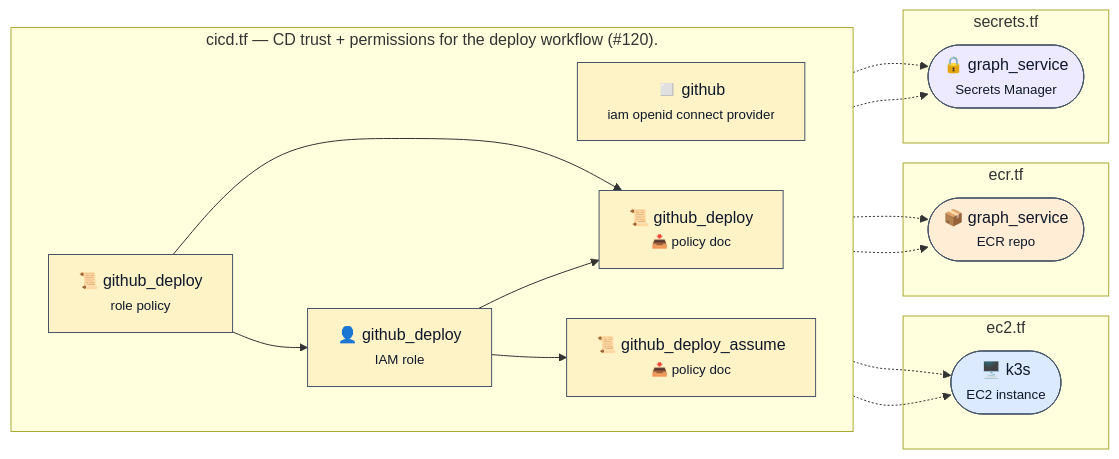
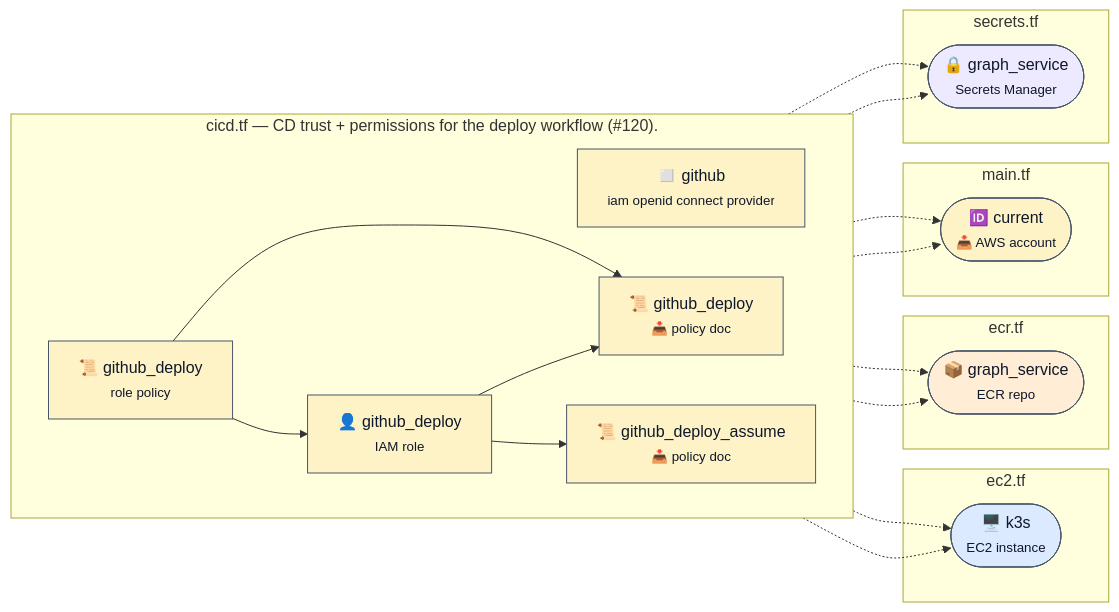
The diagram in infra/diagrams/per-file/cicd.mmd (macamp0328/liner-notes), drawn with Mermaid before and after one commit. The commit also changed 4 other files, not shown here.

```diff
--- a/infra/diagrams/per-file/cicd.mmd
+++ b/infra/diagrams/per-file/cicd.mmd
@@ -1,34 +1,39 @@
 %% Auto-generated by scripts/diagrams/generate.ts — do not edit by hand.
 %% Source: infra/terraform/cicd.tf
 flowchart LR
   classDef compute fill:#dbeafe,stroke:#475569,color:#0f172a
   classDef iam fill:#fef3c7,stroke:#475569,color:#0f172a
   classDef secrets fill:#ede9fe,stroke:#475569,color:#0f172a
   classDef storage fill:#ffedd5,stroke:#475569,color:#0f172a
   subgraph this["cicd.tf — CD trust + permissions for the deploy workflow (#120)."]
     direction LR
     aws_iam_openid_connect_provider_github["◻️ github<br/><small>iam openid connect provider</small>"]:::iam
     data_aws_iam_policy_document_github_deploy_assume["📜 github_deploy_assume<br/><small>📥 policy doc</small>"]:::iam
     aws_iam_role_github_deploy["👤 github_deploy<br/><small>IAM role</small>"]:::iam
     data_aws_iam_policy_document_github_deploy["📜 github_deploy<br/><small>📥 policy doc</small>"]:::iam
     aws_iam_role_policy_github_deploy["📜 github_deploy<br/><small>role policy</small>"]:::iam
   end
   subgraph ext_ec2_tf["ec2.tf"]
     aws_instance_k3s(["🖥️ k3s<br/><small>EC2 instance</small>"]):::compute
   end
   subgraph ext_ecr_tf["ecr.tf"]
     aws_ecr_repository_graph_service(["📦 graph_service<br/><small>ECR repo</small>"]):::storage
   end
+  subgraph ext_main_tf["main.tf"]
+    data_aws_caller_identity_current(["🆔 current<br/><small>📥 AWS account</small>"]):::iam
+  end
   subgraph ext_secrets_tf["secrets.tf"]
     aws_secretsmanager_secret_graph_service(["🔒 graph_service<br/><small>Secrets Manager</small>"]):::secrets
   end
   aws_iam_role_policy_github_deploy --> aws_iam_role_github_deploy
   aws_iam_role_policy_github_deploy --> data_aws_iam_policy_document_github_deploy
   aws_iam_role_github_deploy -.-> aws_ecr_repository_graph_service
   aws_iam_role_github_deploy -.-> aws_instance_k3s
   aws_iam_role_github_deploy -.-> aws_secretsmanager_secret_graph_service
+  aws_iam_role_github_deploy -.-> data_aws_caller_identity_current
   aws_iam_role_github_deploy --> data_aws_iam_policy_document_github_deploy
   aws_iam_role_github_deploy --> data_aws_iam_policy_document_github_deploy_assume
   data_aws_iam_policy_document_github_deploy -.-> aws_ecr_repository_graph_service
   data_aws_iam_policy_document_github_deploy -.-> aws_instance_k3s
   data_aws_iam_policy_document_github_deploy -.-> aws_secretsmanager_secret_graph_service
+  data_aws_iam_policy_document_github_deploy -.-> data_aws_caller_identity_current
```
